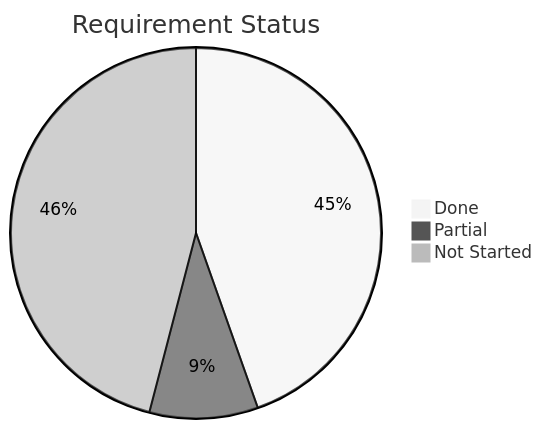
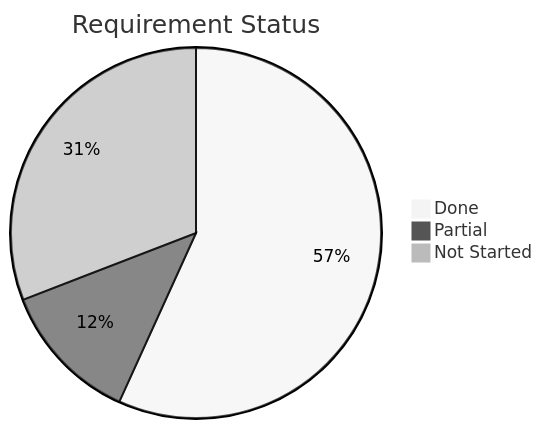
The diagram in implementations/1-python/STATUS.md (chris-peterson/pinpoint), drawn with Mermaid (neutral theme) before and after one commit. The commit also changed other lines of this file and 22 other files, not shown here.

````diff
--- a/implementations/1-python/STATUS.md
+++ b/implementations/1-python/STATUS.md
@@ -173,10 +180,10 @@
 ```mermaid
 ---
 config:
   look: handDrawn
 ---
 pie title Requirement Status
-    "Done" : 33
-    "Partial" : 7
-    "Not Started" : 34
+    "Done" : 46
+    "Partial" : 10
+    "Not Started" : 25
 ```
````
